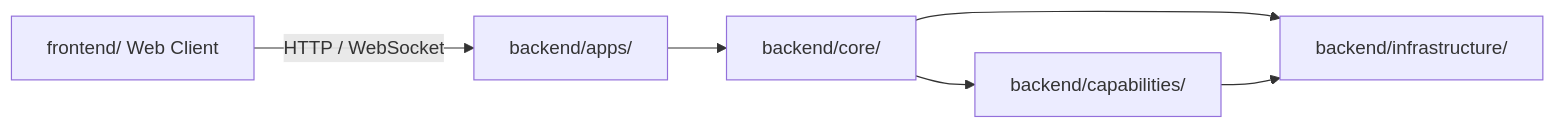
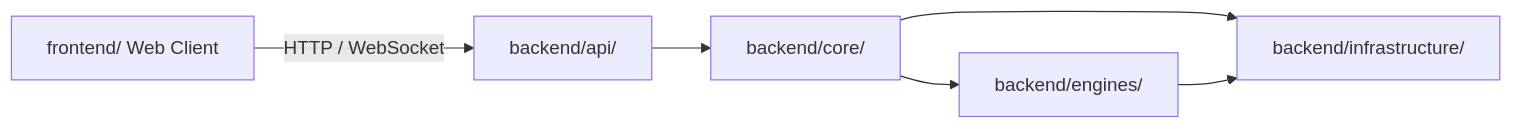
One commit to zata-zhangtao/zata-codes-template changed the second of 2 diagrams in docs/architecture/frontend-architecture.md. Above: the diagram before and after it, drawn with Mermaid. The commit also changed other lines of this file and 22 other files, not shown here.

First line of the commit message:
refactor: rename `backend/apps/` to `backend/api/` and `backend/capabilities/` to `backend/engines/`

````diff
--- a/docs/architecture/frontend-architecture.md
+++ b/docs/architecture/frontend-architecture.md
@@ -111,8 +111,8 @@
 ```mermaid
 flowchart LR
-    Frontend["frontend/ Web Client"] -->|HTTP / WebSocket| Apps["backend/apps/"]
+    Frontend["frontend/ Web Client"] -->|HTTP / WebSocket| Apps["backend/api/"]
     Apps --> Core["backend/core/"]
-    Core --> Capabilities["backend/capabilities/"]
+    Core --> Capabilities["backend/engines/"]
     Core --> Infrastructure["backend/infrastructure/"]
     Capabilities --> Infrastructure
 ```
````
